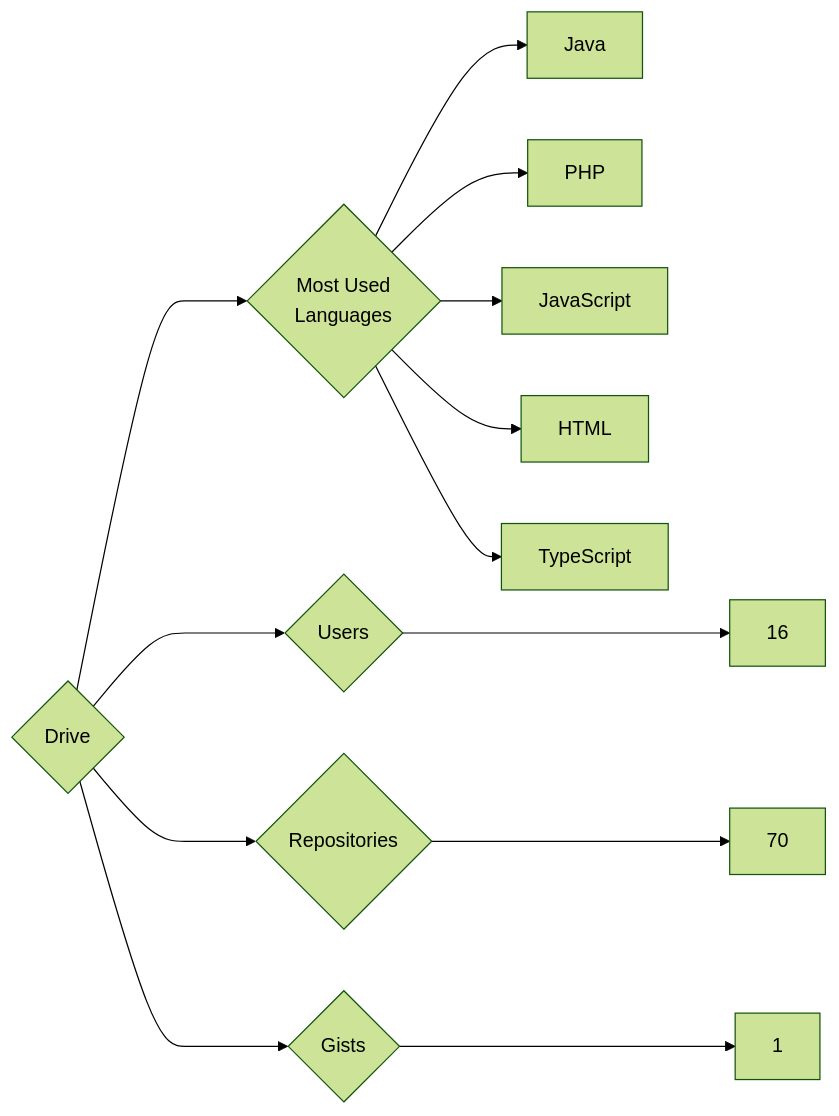
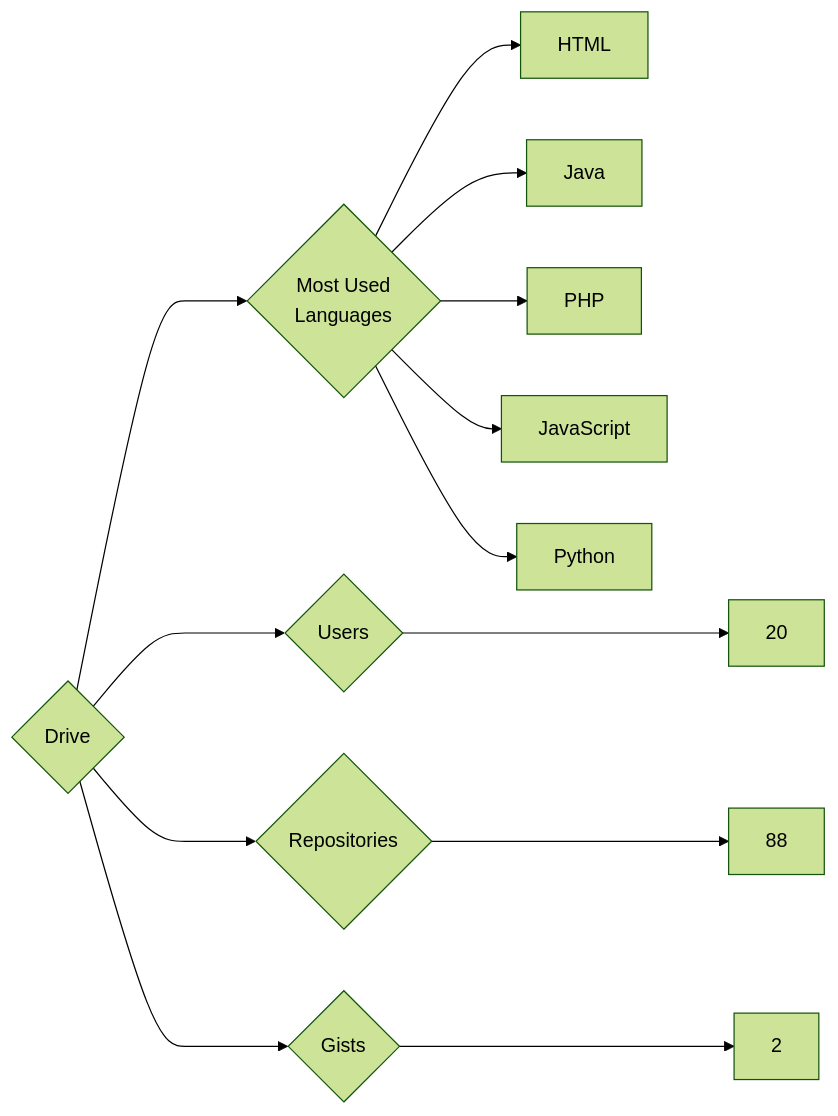
One commit to trickest/insiders changed the diagram in targets/Drive/README.md. Above: the diagram before and after it, drawn with Mermaid (forest theme). The commit also changed 773 other files, not shown here.

````diff
--- a/targets/Drive/README.md
+++ b/targets/Drive/README.md
@@ -3,13 +3,13 @@
 ```mermaid
 graph LR
 COMPANY_NAME{Drive}
-COMPANY_NAME ---> U{Users} ---> UN[16]
-COMPANY_NAME ---> R{Repositories} ---> RN[70]
-COMPANY_NAME ---> G{Gists} ---> GN[1]
+COMPANY_NAME ---> U{Users} ---> UN[20]
+COMPANY_NAME ---> R{Repositories} ---> RN[88]
+COMPANY_NAME ---> G{Gists} ---> GN[2]
 COMPANY_NAME ---> ML{Most Used<br>Languages}
+ML --> HTML[HTML]
 ML --> Java[Java]
 ML --> PHP[PHP]
 ML --> JavaScript[JavaScript]
-ML --> HTML[HTML]
-ML --> TypeScript[TypeScript]
+ML --> Python[Python]
 ```
````
